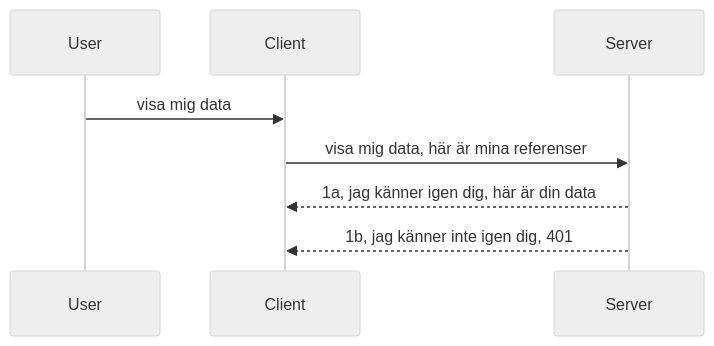
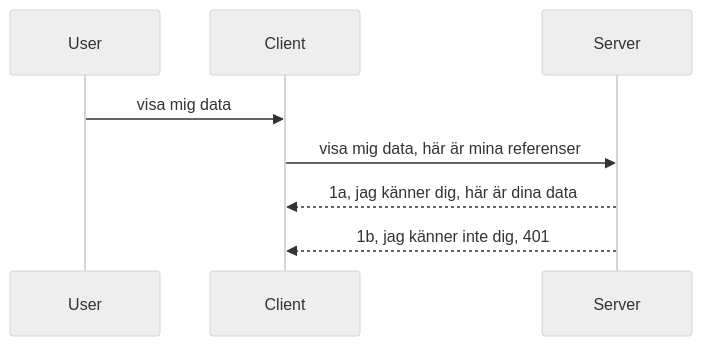
The diagram in mcp_ecosystem__model_context_protocol/mcp_learning_resources/mcp-for-beginners/translations/sv/03-GettingStarted/11-simple-auth/README.md (HIDORAKAI002/ai-workspace-archive), drawn with Mermaid (neutral theme) before and after one commit. The commit also changed other lines of this file and 1046 other files, not shown here.

````diff
--- a/mcp_ecosystem__model_context_protocol/mcp_learning_resources/mcp-for-beginners/translations/sv/03-GettingStarted/11-simple-auth/README.md
+++ b/mcp_ecosystem__model_context_protocol/mcp_learning_resources/mcp-for-beginners/translations/sv/03-GettingStarted/11-simple-auth/README.md
@@ -24,11 +24,11 @@
 ```mermaid
 sequenceDiagram
    participant User
    participant Client
    participant Server
 
    User->>Client: visa mig data
    Client->>Server: visa mig data, här är mina referenser
-   Server-->>Client: 1a, jag känner igen dig, här är din data
-   Server-->>Client: 1b, jag känner inte igen dig, 401 
+   Server-->>Client: 1a, jag känner dig, här är dina data
+   Server-->>Client: 1b, jag känner inte dig, 401 
 ```
````
